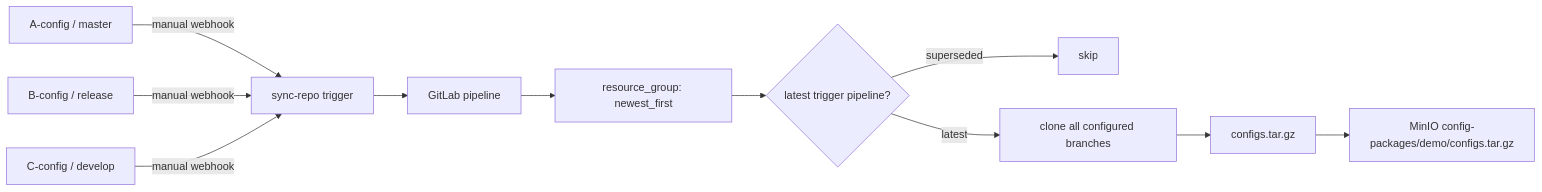
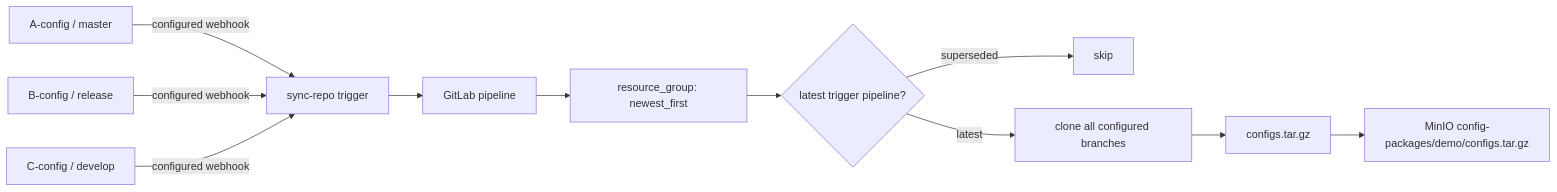
The diagram in README.md (AlanZheng2580/gitlab-minio-sync), drawn with Mermaid before and after one commit. The commit also changed other lines of this file and 1 other file, not shown here.

Commit message:
Document operations and fix webhook endpoint

````diff
--- a/README.md
+++ b/README.md
@@ -7,13 +7,13 @@
 ```mermaid
 flowchart LR
-  A["A-config / master"] -->|manual webhook| T["sync-repo trigger"]
-  B["B-config / release"] -->|manual webhook| T
-  C["C-config / develop"] -->|manual webhook| T
+  A["A-config / master"] -->|configured webhook| T["sync-repo trigger"]
+  B["B-config / release"] -->|configured webhook| T
+  C["C-config / develop"] -->|configured webhook| T
   T --> P["GitLab pipeline"]
   P --> RG["resource_group: newest_first"]
   RG --> L{"latest trigger pipeline?"}
   L -->|superseded| S["skip"]
   L -->|latest| CL["clone all configured branches"]
   CL --> TAR["configs.tar.gz"]
   TAR --> M["MinIO config-packages/demo/configs.tar.gz"]
 ```
````
